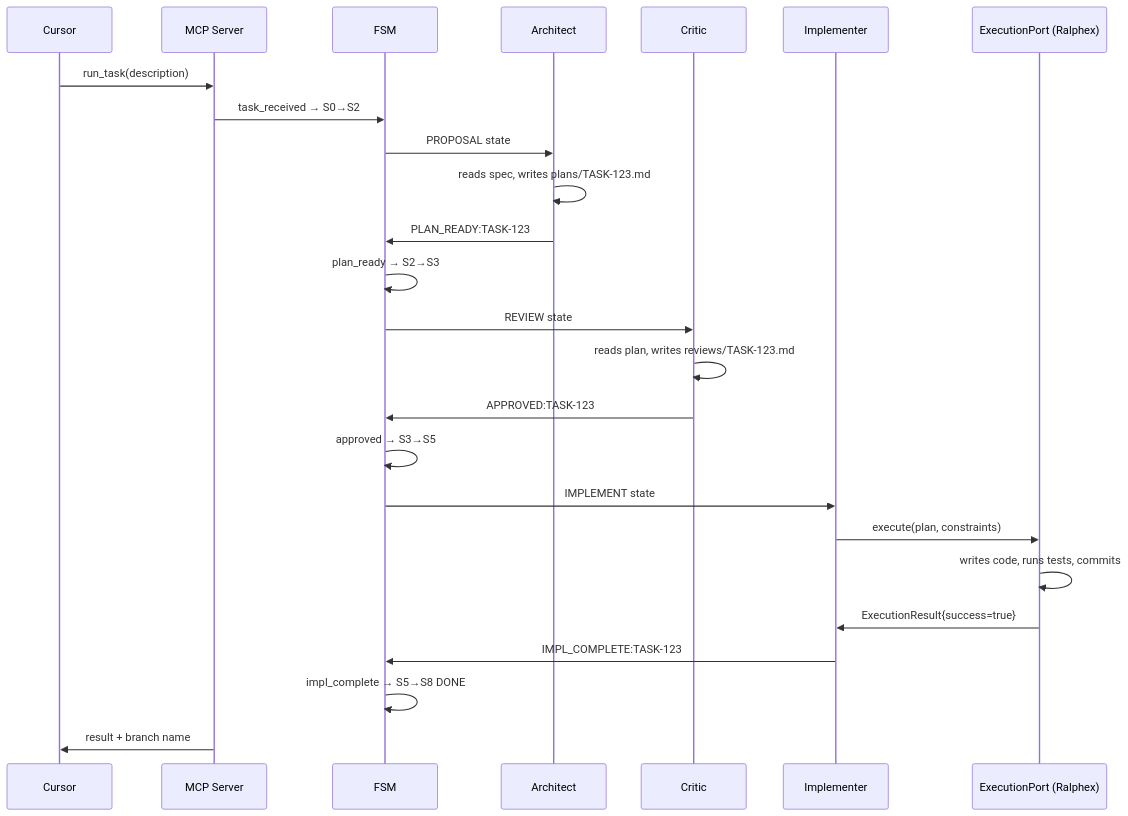
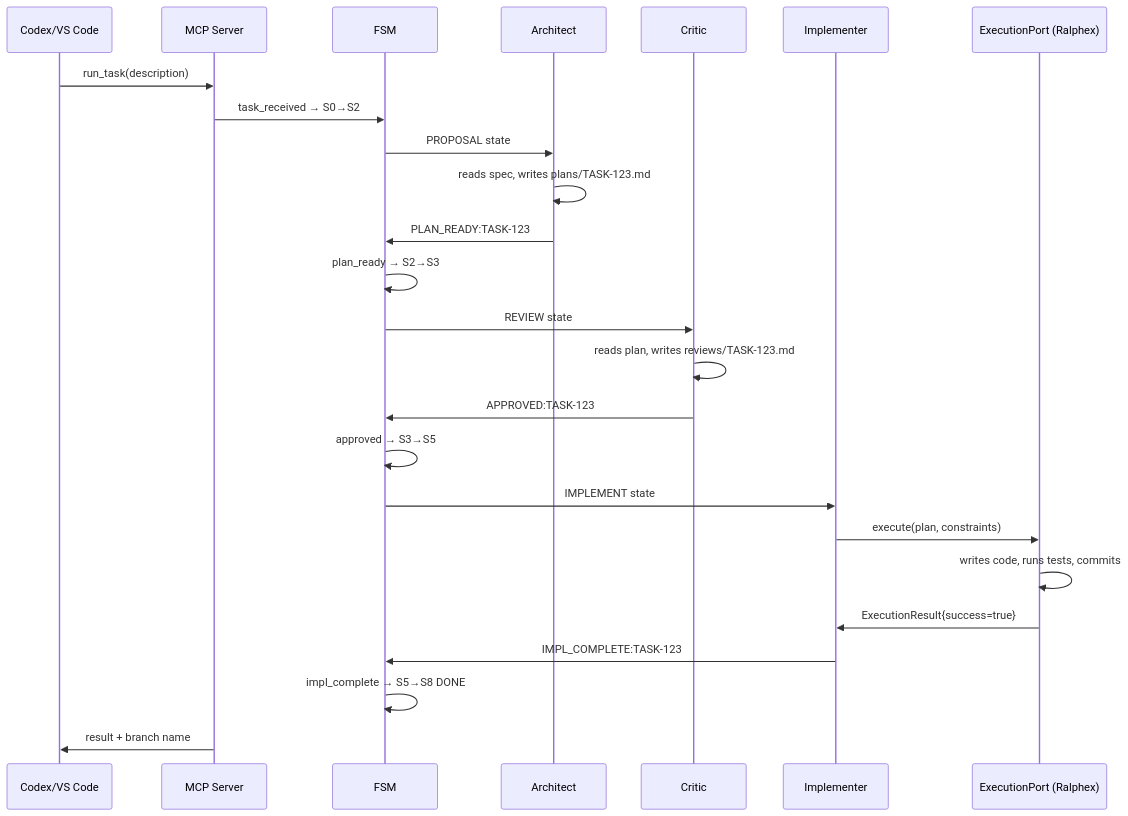
The third of 5 diagrams in consilium-design.md (chris-madsen/Mult-agent-AI-Orchestration), drawn with Mermaid before and after one commit. The commit also changed other lines of this file and 70 other files, not shown here.

````diff
--- a/consilium-design.md
+++ b/consilium-design.md
@@ -345,28 +345,28 @@
 ```mermaid
 sequenceDiagram
-    participant C as Cursor
+    participant C as Codex/VS Code
     participant M as MCP Server
     participant F as FSM
     participant A as Architect
     participant Cr as Critic
     participant I as Implementer
     participant E as ExecutionPort (Ralphex)
 
     C->>M: run_task(description)
     M->>F: task_received → S0→S2
     F->>A: PROPOSAL state
     A->>A: reads spec, writes plans/TASK-123.md
     A->>F: PLAN_READY:TASK-123
     F->>F: plan_ready → S2→S3
     F->>Cr: REVIEW state
     Cr->>Cr: reads plan, writes reviews/TASK-123.md
     Cr->>F: APPROVED:TASK-123
     F->>F: approved → S3→S5
     F->>I: IMPLEMENT state
     I->>E: execute(plan, constraints)
     E->>E: writes code, runs tests, commits
     E->>I: ExecutionResult{success=true}
     I->>F: IMPL_COMPLETE:TASK-123
     F->>F: impl_complete → S5→S8 DONE
     M->>C: result + branch name
 ```
````
